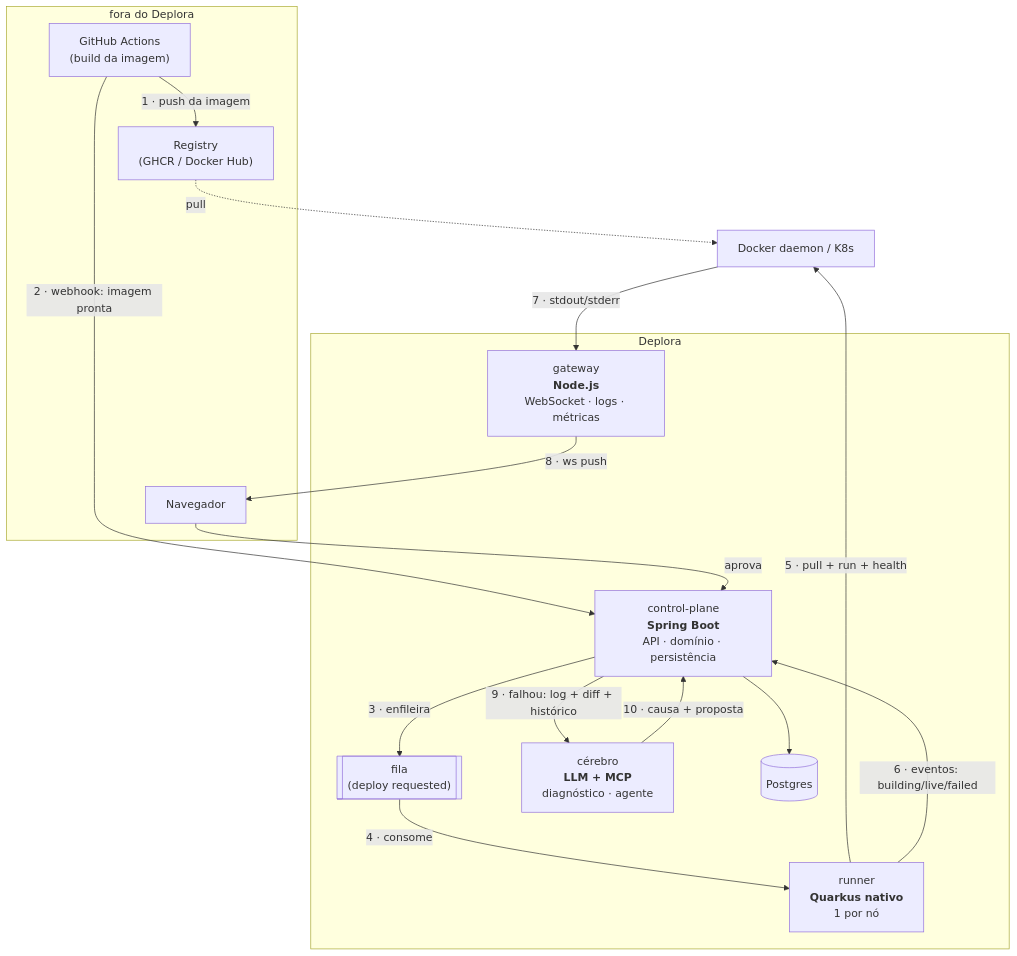
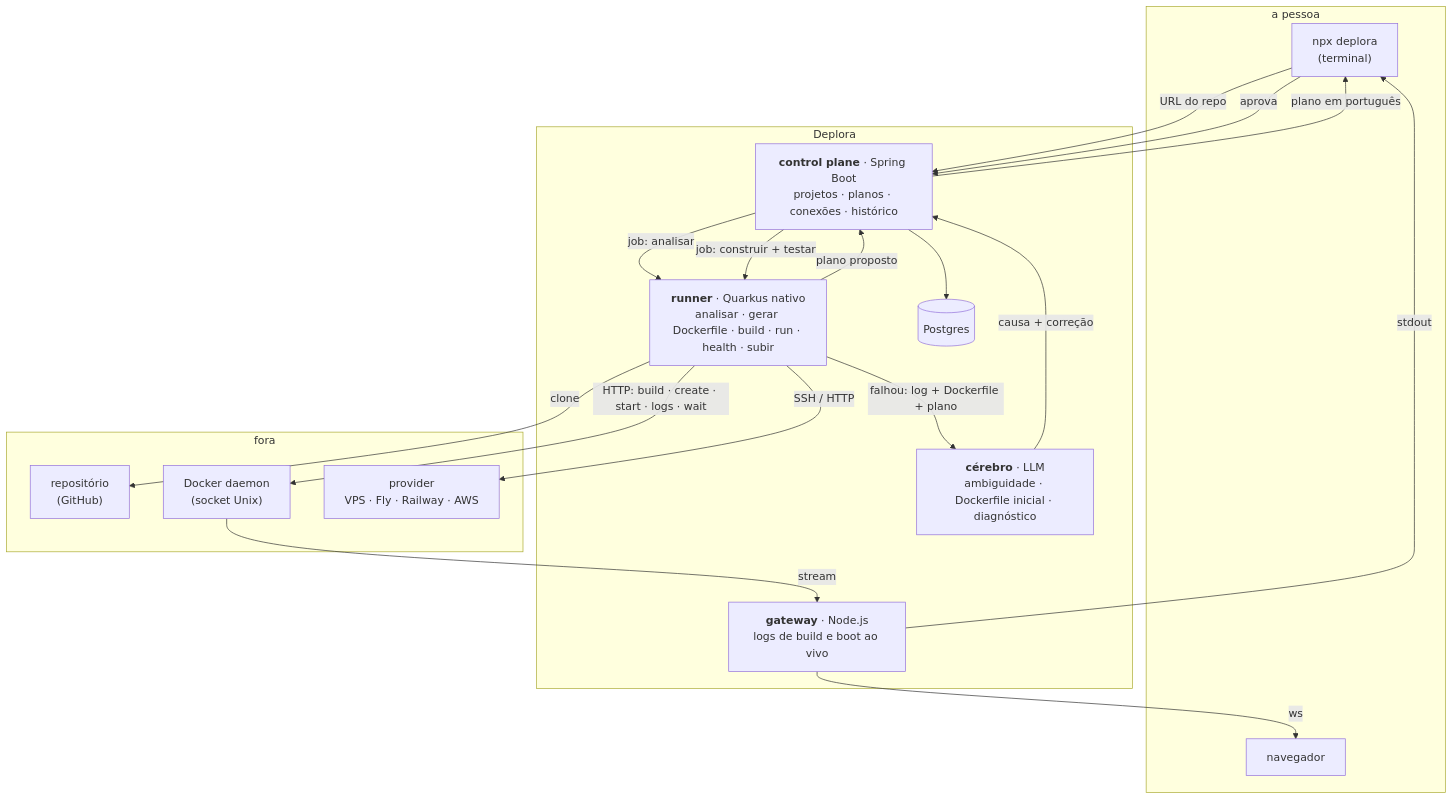
One commit to Gui089/deplora changed the diagram in docs/ARQUITETURA.md. Above: the diagram before and after it, drawn with Mermaid. The commit also changed other lines of this file and 2 other files, not shown here.

First line of the commit message:
Deplora vira agente de deploy, não PaaS (ADR 006 e 007)

````diff
--- a/docs/ARQUITETURA.md
+++ b/docs/ARQUITETURA.md
@@ -31,31 +36,35 @@
 ```mermaid
 flowchart TB
-    subgraph edge["fora do Deplora"]
-        GH["GitHub Actions<br/>(build da imagem)"]
-        REG["Registry<br/>(GHCR / Docker Hub)"]
-        USER["Navegador"]
+    subgraph pessoa["a pessoa"]
+        CLI["npx deplora<br/>(terminal)"]
+        WEB["navegador"]
     end
     subgraph deplora["Deplora"]
-        CP["control-plane<br/><b>Spring Boot</b><br/>API · domínio · persistência"]
-        Q[["fila<br/>(deploy requested)"]]
-        RN["runner<br/><b>Quarkus nativo</b><br/>1 por nó"]
-        GW["gateway<br/><b>Node.js</b><br/>WebSocket · logs · métricas"]
-        BR["cérebro<br/><b>LLM + MCP</b><br/>diagnóstico · agente"]
+        CP["<b>control plane</b> · Spring Boot<br/>projetos · planos · conexões · histórico"]
+        RN["<b>runner</b> · Quarkus nativo<br/>analisar · gerar Dockerfile · build · run · health · subir"]
+        GW["<b>gateway</b> · Node.js<br/>logs de build e boot ao vivo"]
+        BR["<b>cérebro</b> · LLM<br/>ambiguidade · Dockerfile inicial · diagnóstico"]
         PG[("Postgres")]
     end
-    DOCK["Docker daemon / K8s"]
+    subgraph fora["fora"]
+        GIT["repositório<br/>(GitHub)"]
+        DOCK["Docker daemon<br/>(socket Unix)"]
+        PROV["provider<br/>VPS · Fly · Railway · AWS"]
+    end
 
-    GH -- "1 · push da imagem" --> REG
-    GH -- "2 · webhook: imagem pronta" --> CP
-    CP -- "3 · enfileira" --> Q
-    Q -- "4 · consome" --> RN
-    RN -- "5 · pull + run + health" --> DOCK
-    REG -. "pull" .-> DOCK
-    RN -- "6 · eventos: building/live/failed" --> CP
+    CLI -- "URL do repo" --> CP
+    CP -- "job: analisar" --> RN
+    RN -- "clone" --> GIT
+    RN -- "plano proposto" --> CP
+    CP -- "plano em português" --> CLI
+    CLI -- "aprova" --> CP
+    CP -- "job: construir + testar" --> RN
+    RN -- "HTTP: build · create · start · logs · wait" --> DOCK
+    DOCK -- "stream" --> GW
+    GW -- "ws" --> WEB
+    GW -- "stdout" --> CLI
+    RN -- "SSH / HTTP" --> PROV
+    RN -- "falhou: log + Dockerfile + plano" --> BR
+    BR -- "causa + correção" --> CP
     CP --> PG
-    DOCK -- "7 · stdout/stderr" --> GW
-    GW -- "8 · ws push" --> USER
-    CP -- "9 · falhou: log + diff + histórico" --> BR
-    BR -- "10 · causa + proposta" --> CP
-    USER -- "aprova" --> CP
 ```
````
